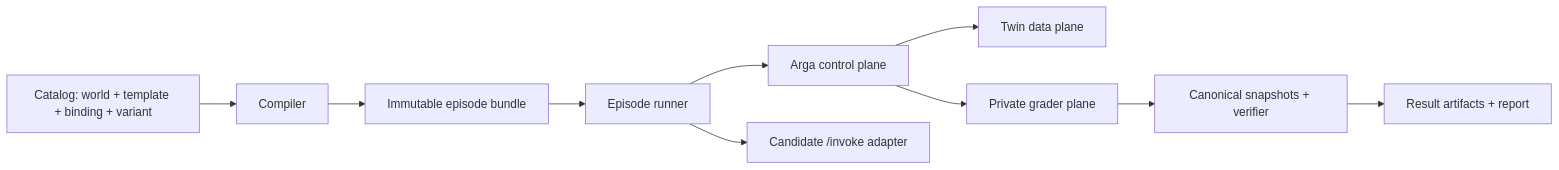
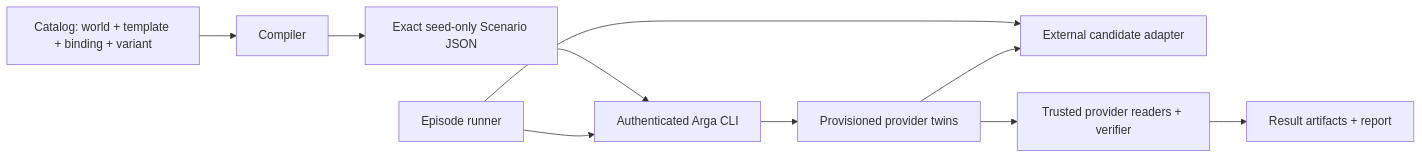
The diagram in docs/architecture.md (ArgaLabs/arga-twins-benchmark), drawn with Mermaid before and after one commit. The commit also changed other lines of this file and 311 other files, not shown here.

Commit message:
feat: add CLI-only 48-task benchmark catalog

````diff
--- a/docs/architecture.md
+++ b/docs/architecture.md
@@ -7,12 +7,12 @@
 ```mermaid
 flowchart LR
     C["Catalog: world + template + binding + variant"] --> P["Compiler"]
-    P --> E["Immutable episode bundle"]
-    E --> R["Episode runner"]
-    R --> A["Arga control plane"]
-    R --> I["Candidate /invoke adapter"]
-    A --> T["Twin data plane"]
-    A --> G["Private grader plane"]
-    G --> V["Canonical snapshots + verifier"]
+    P --> S["Exact seed-only Scenario JSON"]
+    S --> CLI["Authenticated Arga CLI"]
+    CLI --> T["Provisioned provider twins"]
+    R["Episode runner"] --> CLI
+    R --> I["External candidate adapter"]
+    T --> I
+    T --> V["Trusted provider readers + verifier"]
     V --> O["Result artifacts + report"]
 ```
````
